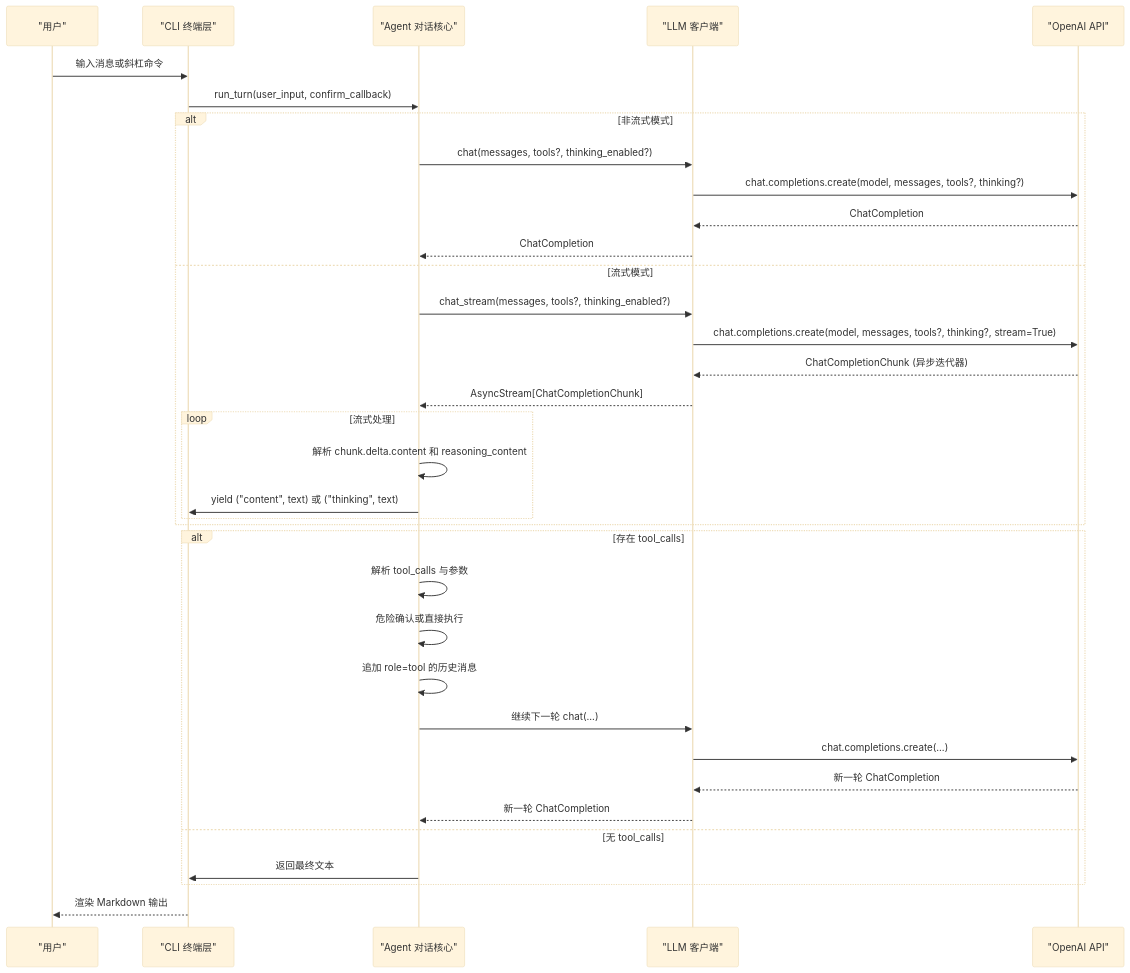
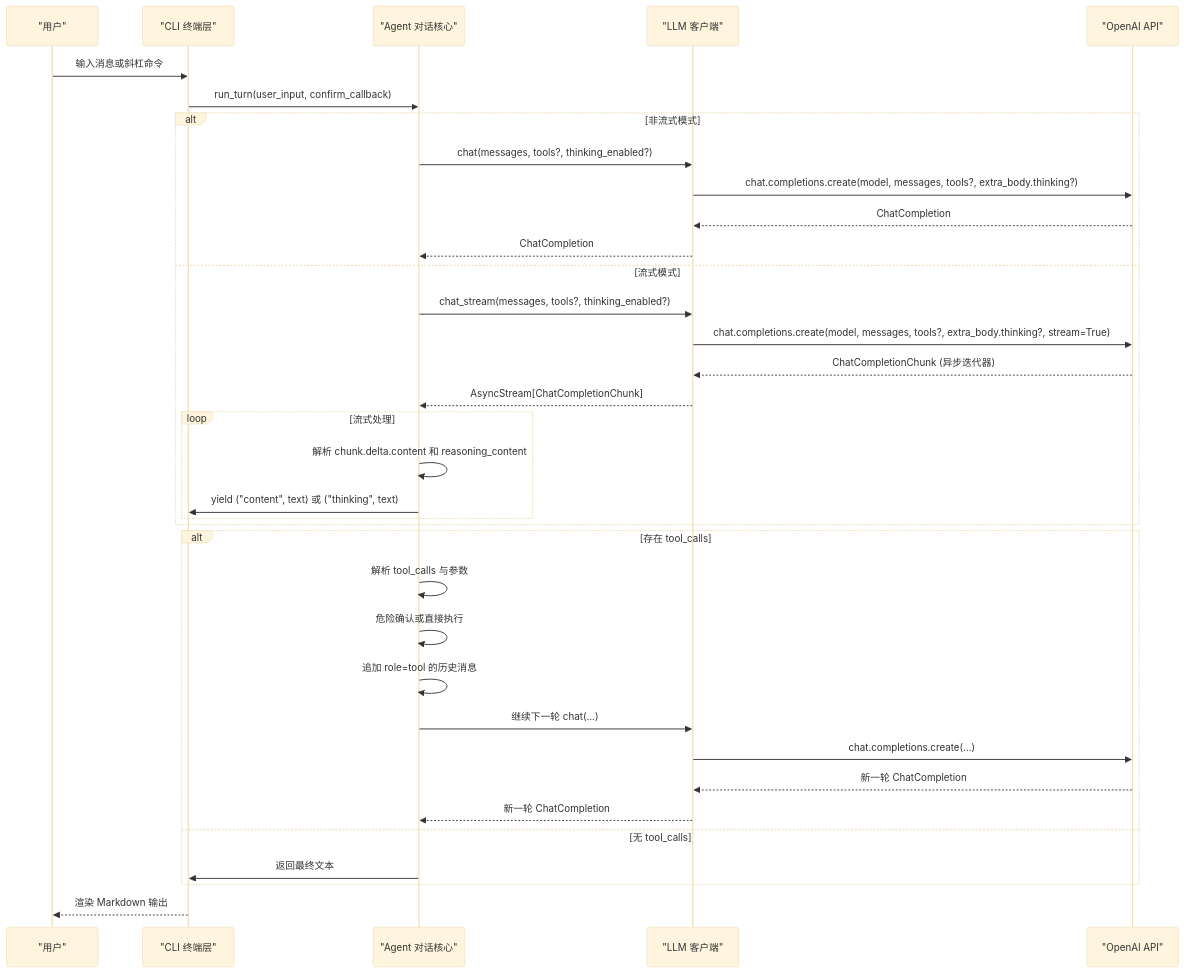
One commit to 250shiwo/MySmallAgent changed the second of 6 diagrams in .qoder/repowiki/zh/content/核心模块详解/LLM 客户端.md. Above: the diagram before and after it, drawn with Mermaid (base theme). The commit also changed other lines of this file and 34 other files, not shown here.

````diff
--- a/.qoder/repowiki/zh/content/核心模块详解/LLM 客户端.md
+++ b/.qoder/repowiki/zh/content/核心模块详解/LLM 客户端.md
@@ -125,37 +126,37 @@
 ```mermaid
 sequenceDiagram
 participant User as "用户"
 participant CLI as "CLI 终端层"
 participant Agent as "Agent 对话核心"
 participant LLM as "LLM 客户端"
 participant OpenAI as "OpenAI API"
 User->>CLI : 输入消息或斜杠命令
 CLI->>Agent : run_turn(user_input, confirm_callback)
 alt 非流式模式
 Agent->>LLM : chat(messages, tools?, thinking_enabled?)
-LLM->>OpenAI : chat.completions.create(model, messages, tools?, thinking?)
+LLM->>OpenAI : chat.completions.create(model, messages, tools?, extra_body.thinking?)
 OpenAI-->>LLM : ChatCompletion
 LLM-->>Agent : ChatCompletion
 else 流式模式
 Agent->>LLM : chat_stream(messages, tools?, thinking_enabled?)
-LLM->>OpenAI : chat.completions.create(model, messages, tools?, thinking?, stream=True)
+LLM->>OpenAI : chat.completions.create(model, messages, tools?, extra_body.thinking?, stream=True)
 OpenAI-->>LLM : ChatCompletionChunk (异步迭代器)
 LLM-->>Agent : AsyncStream[ChatCompletionChunk]
 loop 流式处理
 Agent->>Agent : 解析 chunk.delta.content 和 reasoning_content
 Agent->>CLI : yield ("content", text) 或 ("thinking", text)
 end
 end
 alt 存在 tool_calls
 Agent->>Agent : 解析 tool_calls 与参数
 Agent->>Agent : 危险确认或直接执行
 Agent->>Agent : 追加 role=tool 的历史消息
 Agent->>LLM : 继续下一轮 chat(...)
 LLM->>OpenAI : chat.completions.create(...)
 OpenAI-->>LLM : 新一轮 ChatCompletion
 LLM-->>Agent : 新一轮 ChatCompletion
 else 无 tool_calls
 Agent->>CLI : 返回最终文本
 end
 CLI-->>User : 渲染 Markdown 输出
 ```
````
